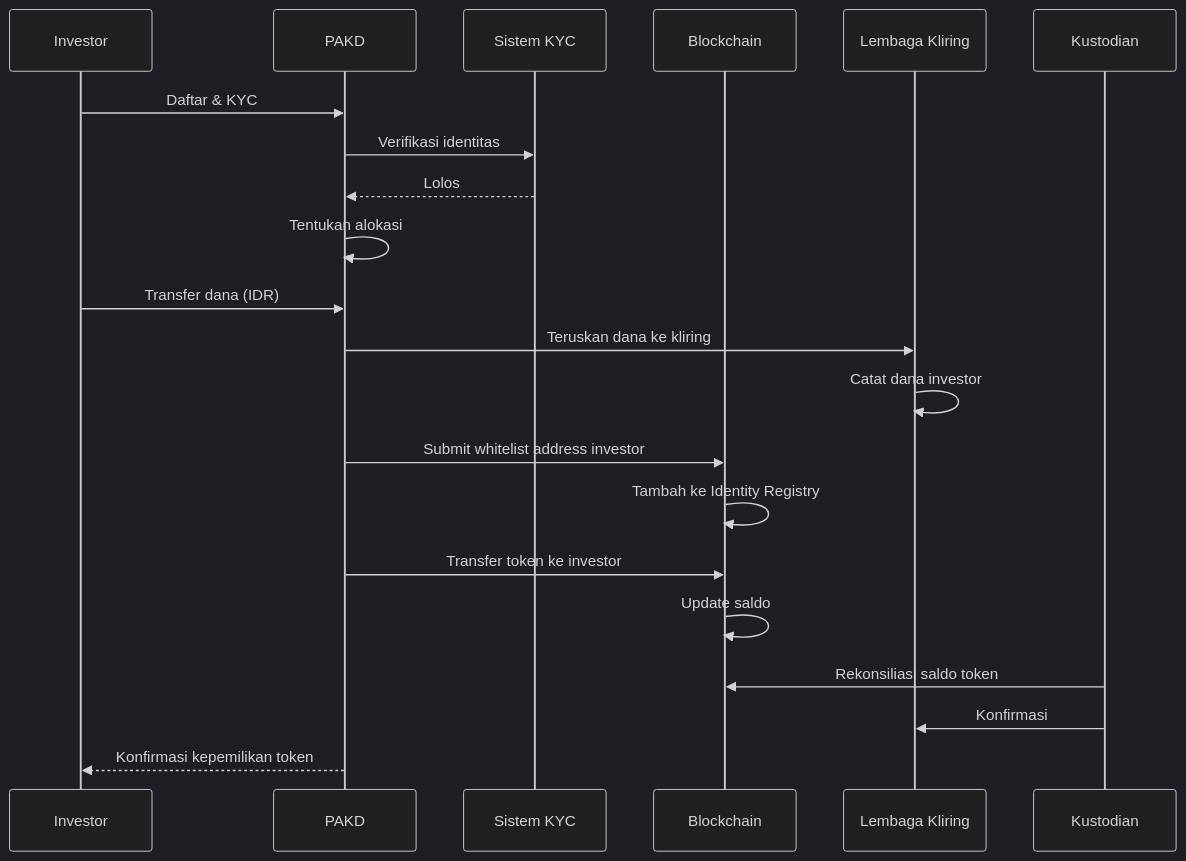
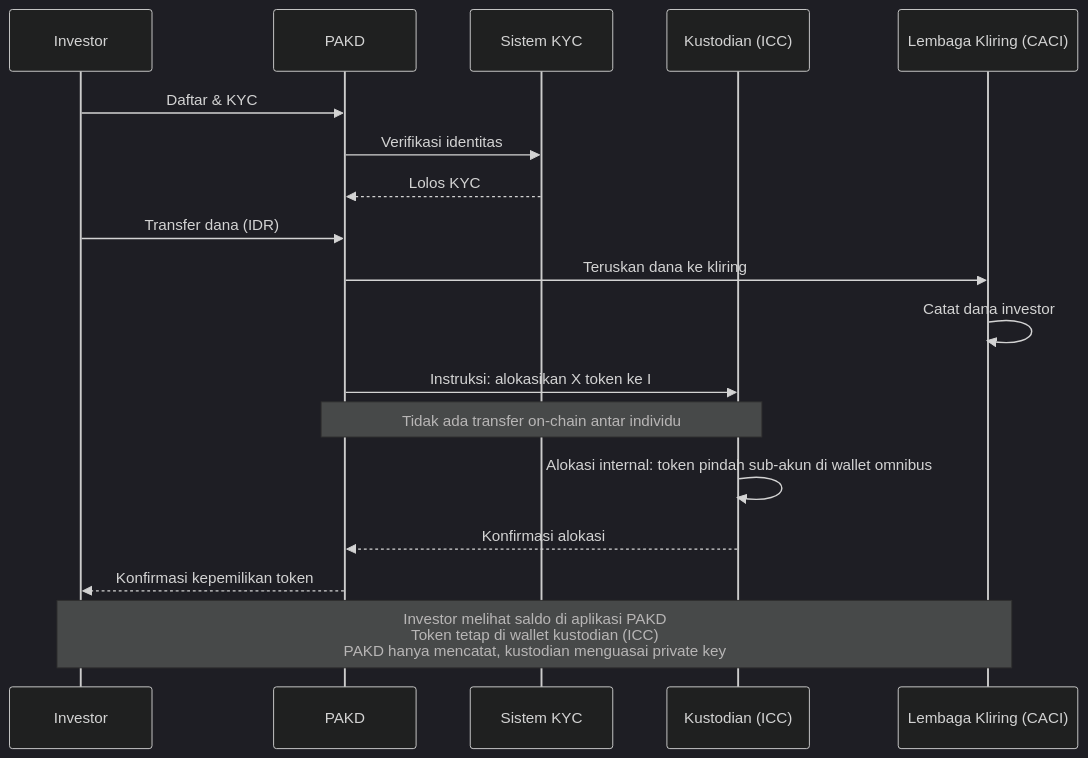
The fifth of 10 diagrams in book/04-rwa-lifecycle.md (Reinhartsamuel/tokenization-playbook), drawn with Mermaid (dark theme) before and after one commit. The commit also changed other lines of this file and 2 other files, not shown here.

````diff
--- a/book/04-rwa-lifecycle.md
+++ b/book/04-rwa-lifecycle.md
@@ -382,29 +460,25 @@
 ```mermaid
 sequenceDiagram
     participant I as Investor
     participant PAKD
     participant KYC as Sistem KYC
-    participant BC as Blockchain
-    participant KLR as Lembaga Kliring
-    participant KST as Kustodian
+    participant C as Kustodian (ICC)
+    participant KLR as Lembaga Kliring (CACI)
     
     I->>PAKD: Daftar & KYC
     PAKD->>KYC: Verifikasi identitas
-    KYC-->>PAKD: Lolos
-    PAKD->>PAKD: Tentukan alokasi
+    KYC-->>PAKD: Lolos KYC
     
     I->>PAKD: Transfer dana (IDR)
     PAKD->>KLR: Teruskan dana ke kliring
     KLR->>KLR: Catat dana investor
     
-    PAKD->>BC: Submit whitelist address investor
-    BC->>BC: Tambah ke Identity Registry
-    
-    PAKD->>BC: Transfer token ke investor
-    BC->>BC: Update saldo
-    
-    KST->>BC: Rekonsiliasi saldo token
-    KST->>KLR: Konfirmasi
+    PAKD->>C: Instruksi: alokasikan X token ke I
+    Note over PAKD,C: Tidak ada transfer on-chain antar individu
+    C->>C: Alokasi internal: token pindah sub-akun di wallet omnibus
+    C-->>PAKD: Konfirmasi alokasi
     
     PAKD-->>I: Konfirmasi kepemilikan token
+    
+    Note over I,KLR: Investor melihat saldo di aplikasi PAKD<br/>Token tetap di wallet kustodian (ICC)<br/>PAKD hanya mencatat, kustodian menguasai private key
 ```
````
